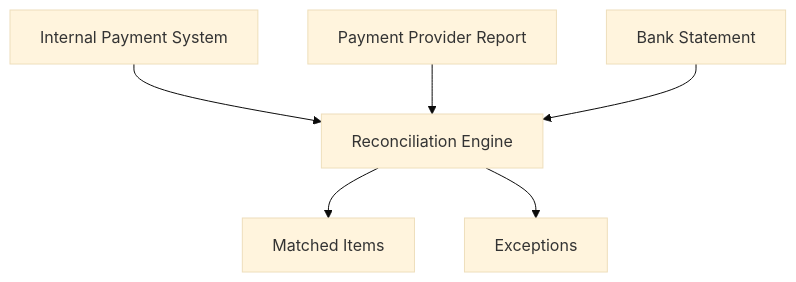
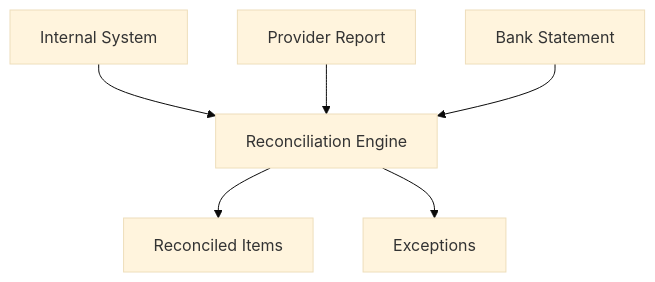
The fifth of 8 diagrams in src/content/payments/reconciliation.md (AvadhBhalodiya/Interview-Preparation), drawn with Mermaid (base theme) before and after one commit. The commit also changed other lines of this file and 54 other files, not shown here.

````diff
--- a/src/content/payments/reconciliation.md
+++ b/src/content/payments/reconciliation.md
@@ -263,8 +258,8 @@
 ```mermaid
 flowchart TD
-    A[Internal Payment System] --> R[Reconciliation Engine]
-    P[Payment Provider Report] --> R
+    A[Internal System] --> R[Reconciliation Engine]
+    P[Provider Report] --> R
     B[Bank Statement] --> R
-    R --> M[Matched Items]
-    R --> E[Exceptions]
+    R --> M[Reconciled Items]
+    R --> X[Exceptions]
 ```
````
